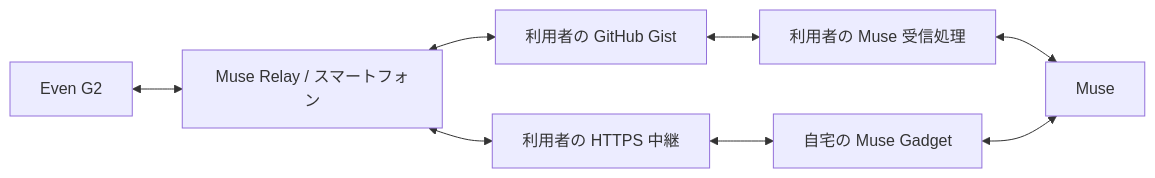
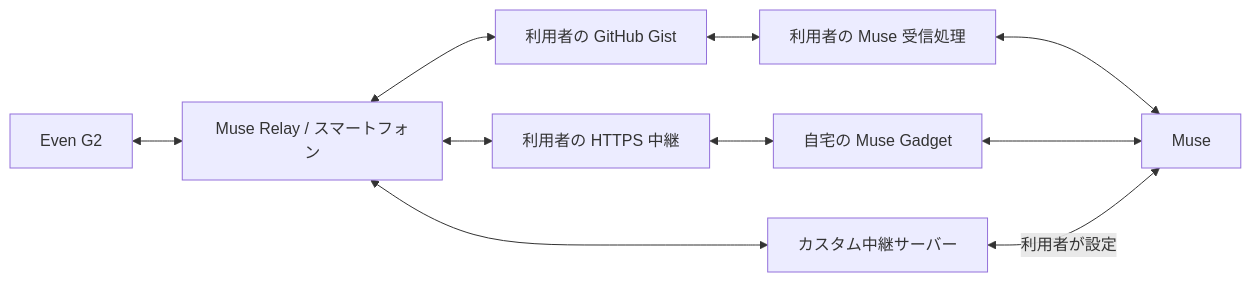
Before and after one commit to 3mintimer/muse-relay: the diagram in README.ja.md, drawn with Mermaid. The commit also changed other lines of this file and 40 other files, not shown here.

````diff
--- a/README.ja.md
+++ b/README.ja.md
@@ -20,10 +21,12 @@
 ```mermaid
 flowchart LR
   G2[Even G2] <--> App[Muse Relay / スマートフォン]
   App <--> Gist[利用者の GitHub Gist]
   Gist <--> Handler[利用者の Muse 受信処理]
   Handler <--> Muse[Muse]
   App <--> Relay[利用者の HTTPS 中継]
   Relay <--> Gadget[自宅の Muse Gadget]
   Gadget <--> Muse
+  App <--> Custom[カスタム中継サーバー]
+  Custom <-->|利用者が設定| Muse
 ```
````
